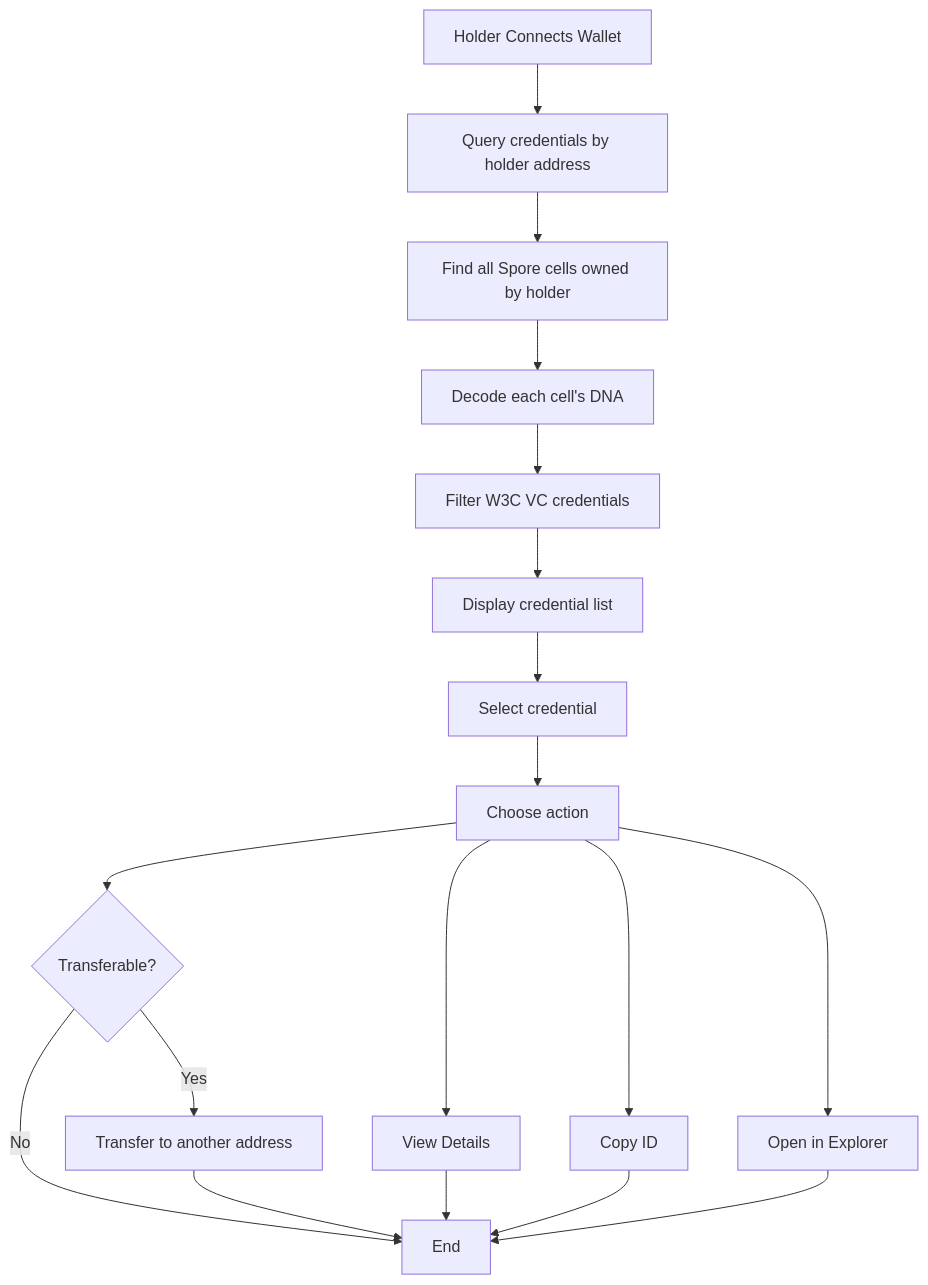
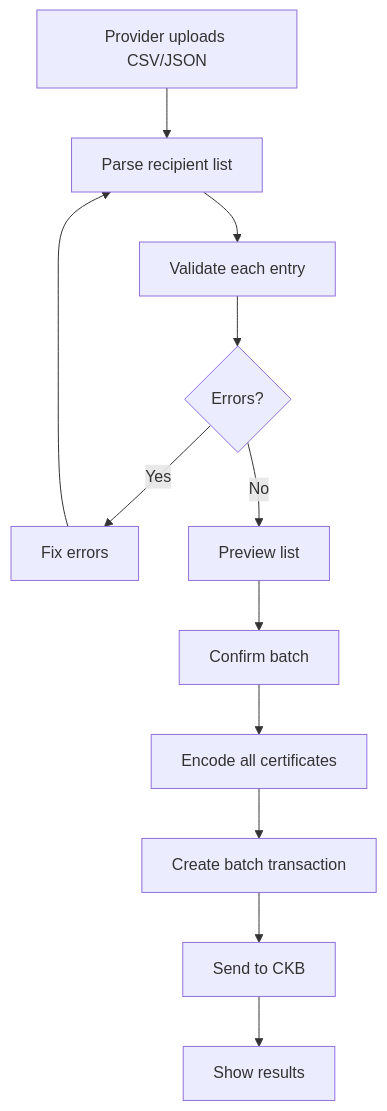
Before and after one commit to hiepthach/CertifyCKB: the ninth of 12 diagrams in Design_spec/Implementation_Architecture.md, drawn with Mermaid. The commit also changed other lines of this file and 2 other files, not shown here.

First line of the commit message:
refactor: Update project schedule and deliverables for CKB Credential Registry

````diff
--- a/Design_spec/Implementation_Architecture.md
+++ b/Design_spec/Implementation_Architecture.md
@@ -618,20 +517,14 @@
 ```mermaid
 flowchart TD
-    START["Holder Connects Wallet"] --> QUERY["Query credentials by holder address"]
-    QUERY --> FIND["Find all Spore cells owned by holder"]
-    FIND --> DECODE["Decode each cell's DNA"]
-    DECODE --> FILTER["Filter W3C VC credentials"]
-    FILTER --> DISPLAY["Display credential list"]
-    DISPLAY --> SELECT["Select credential"]
-    SELECT --> ACTION["Choose action"]
-    ACTION --> VIEW["View Details"]
-    ACTION --> COPY["Copy ID"]
-    ACTION --> EXPLORER["Open in Explorer"]
-    ACTION --> TRANSFER{"Transferable?"}
-    TRANSFER -->|Yes| DO_TRANSFER["Transfer to another address"]
-    TRANSFER -->|No| END["End"]
-    DO_TRANSFER --> END
-    VIEW --> END
-    COPY --> END
-    EXPLORER --> END
+    START["Provider uploads CSV/JSON"] --> PARSE["Parse recipient list"]
+    PARSE --> VALIDATE["Validate each entry"]
+    VALIDATE --> ERRORS{"Errors?"}
+    ERRORS -->|Yes| FIX["Fix errors"]
+    FIX --> PARSE
+    ERRORS -->|No| PREVIEW["Preview list"]
+    PREVIEW --> CONFIRM["Confirm batch"]
+    CONFIRM --> ENCODE["Encode all certificates"]
+    ENCODE --> TX["Create batch transaction"]
+    TX --> SEND["Send to CKB"]
+    SEND --> RESULTS["Show results"]
 ```
````
